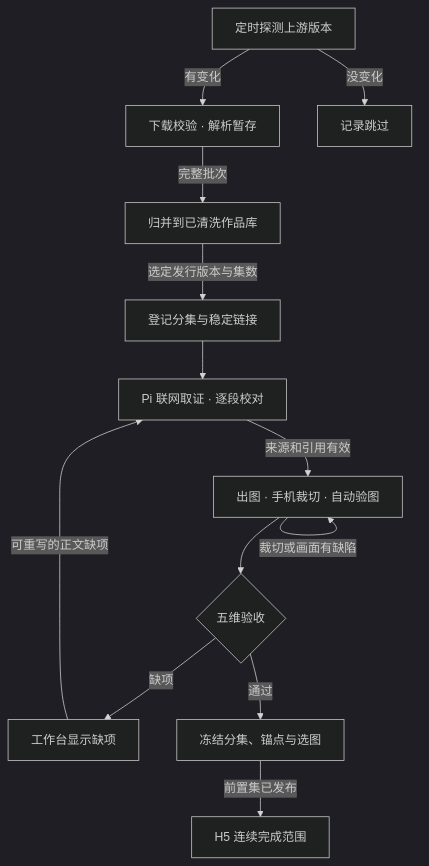
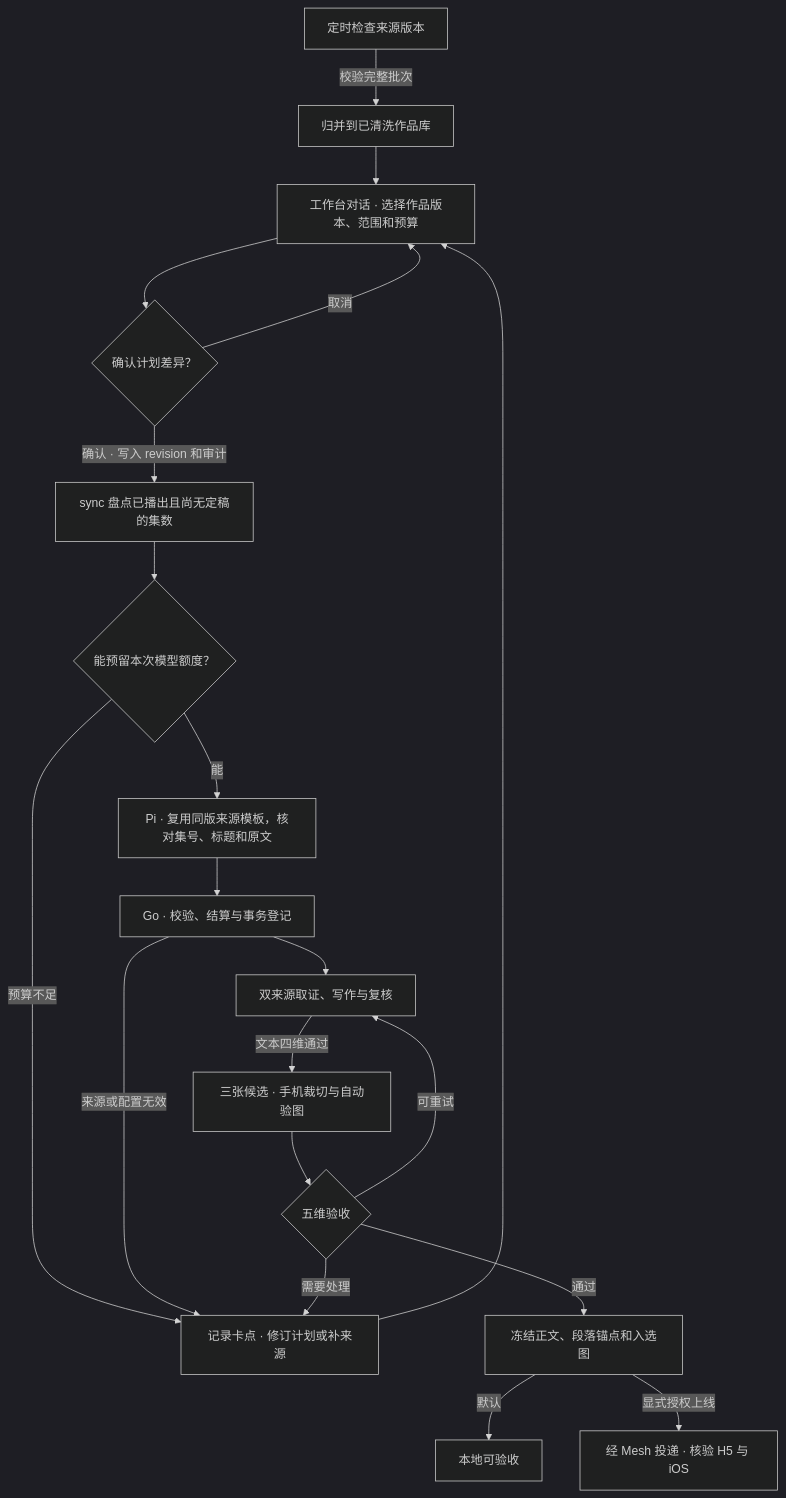
The diagram in docs/diagrams/business.mmd (bluedao10000/player), drawn with Mermaid (dark theme) before and after one commit. The commit also changed 22 other files, not shown here.

Commit message:
Update architecture diagrams for episode production and rollout

```diff
--- a/docs/diagrams/business.mmd
+++ b/docs/diagrams/business.mmd
@@ -1,24 +1,35 @@
 flowchart TB
-    probe["定时探测上游版本"] -->|有变化| stage["下载校验 · 解析暂存"]
-    probe -->|没变化| skip["记录跳过"]
-    stage -->|完整批次| works["归并到已清洗作品库"]
-    works -->|选定发行版本与集数| plan["登记分集与稳定链接"]
-    plan --> proof["Pi 联网取证 · 逐段校对"]
-    proof -->|来源和引用有效| media["出图 · 手机裁切 · 自动验图"]
-    media -->|裁切或画面有缺陷| media
-    media --> gate{"五维验收"}
-    gate -->|缺项| gap["工作台显示缺项"]
-    gap -->|可重写的正文缺项| proof
-    gate -->|通过| freeze["冻结分集、锚点与选图"]
-    freeze -->|前置集已发布| h5["H5 连续完成范围"]
-%% probe | 每个来源按自己的间隔检查。失败原因与跳过结果写入同步运行表。 | apps/api/internal/service/knowledge/sync.go
-%% skip | 相同远程版本保留上次发布投影。 | apps/api/internal/service/knowledge/sync.go
-%% stage | 校验下载与格式，暂存完整批次后才进入归并事务。 | apps/api/internal/service/knowledge/parse.go
-%% works | 普通作品停在可查询的 canonical 档案。 | apps/api/internal/repository/queries/knowledge/queries.queries
-%% plan | 挂载配置绑定版本、集号、来源和美术任务。 | apps/api/internal/service/knowledge/episode_plan.go
-%% proof | 收集来源快照，按句定位事件，保留校对和退回记录。 | apps/agent/src/research.ts
-%% media | 记录参考指纹、原图、手机预览和两轮内的处置结果。 | apps/api/internal/service/knowledge/media.go
-%% gate | 按人物、剧情、世界观、时间线与图片核验。 | apps/api/internal/service/knowledge/episode_plan.go
-%% gap | 可以查看每个缺项、证据及历史记录；超出自动重试上限时保留失败。 | apps/web/src/features/workbench/scope-report.tsx
-%% freeze | 保存本次正文、阅读锚点及入选图片的内容地址。 | apps/api/internal/service/knowledge/acceptance.go
-%% h5 | 读模型聚合相同作品版本的连续公开范围。 | database/migrations/init.sql
+  probe["定时检查来源版本"] -->|校验完整批次| works["归并到已清洗作品库"]
+  works --> ask["工作台对话 · 选择作品版本、范围和预算"]
+  ask --> confirm{"确认计划差异？"}
+  confirm -->|取消| ask
+  confirm -->|确认 · 写入 revision 和审计| gap["sync 盘点已播出且尚无定稿的集数"]
+  gap --> budget{"能预留本次模型额度？"}
+  budget -->|能| config["Pi · 复用同版来源模板，核对集号、标题和原文"]
+  budget -->|预算不足| wait["记录卡点 · 修订计划或补来源"]
+  config --> register["Go · 校验、结算与事务登记"]
+  register -->|来源或配置无效| wait
+  wait --> ask
+  register --> proof["双来源取证、写作与复核"]
+  proof -->|文本四维通过| media["三张候选 · 手机裁切与自动验图"]
+  media --> gate{"五维验收"}
+  gate -->|可重试| proof
+  gate -->|需要处理| wait
+  gate -->|通过| freeze["冻结正文、段落锚点和入选图"]
+  freeze -->|默认| local["本地可验收"]
+  freeze -->|显式授权上线| release["经 Mesh 投递 · 核验 H5 与 iOS"]
+%% probe | 按来源间隔检查已登记版本，无变化时跳过下载，失败写入同步记录。 | apps/api/internal/service/knowledge/sync.go
+%% works | 完整批次先暂存再归并，未选题的作品可停在清洗完成。 | apps/api/internal/repository/queries/knowledge/queries.queries
+%% ask | 对话读取实际计划、作品缺口及预算并提出结构化方案。 | apps/web/src/features/workbench/chat.tsx
+%% confirm | 确认后复核差异、expected revision 和请求幂等性。 | apps/api/internal/handler/knowledge/chat.go
+%% gap | 对比盘点快照、计划范围和既有定稿，保留已发布集数。 | apps/api/internal/repository/queries/knowledge/schedule.queries
+%% budget | 模型调用前预留额度，结算后释放余额。额度不足时等待在途结算或暂停。 | apps/sync/internal/service/scheduler/configuration.go
+%% config | 目前支持已登记的同版官方分集合集页与分集指南模板。 | apps/agent/src/episode-configuration-task.ts
+%% register | 验证原文顺序、人物定位与参考图指纹。将分集、来源快照和制作请求原子登记。 | apps/api/internal/service/knowledge/episode_configuration.go
+%% wait | 工作台展示配置失败、预算暂停、重试和阶段。 | apps/web/src/features/workbench/editor-desk.tsx
+%% proof | 沿可验证原文取证、按顺序写作并复核，复用有效来源快照。 | apps/agent/src/research.ts
+%% media | 用已登记肖像生成候选，记录参考指纹、原图、裁切与验图凭证。 | apps/api/internal/service/knowledge/media.go
+%% gate | 核对人物、剧情、世界观、时间线和图片，失败留有逐项原因。 | apps/api/internal/service/knowledge/episode_plan.go
+%% freeze | 保存本次正文、阅读锚点及入选图内容地址。 | apps/api/internal/service/knowledge/acceptance.go
+%% local | 自动登记的配置默认供本地验收。 | apps/api/internal/repository/queries/knowledge/configuration.queries
+%% release | 正式发布只处理显式授权的单集，并核对公开正文、锚点、场景和图像摘要。 | apps/sync/cmd/reader-release/send.go
```
